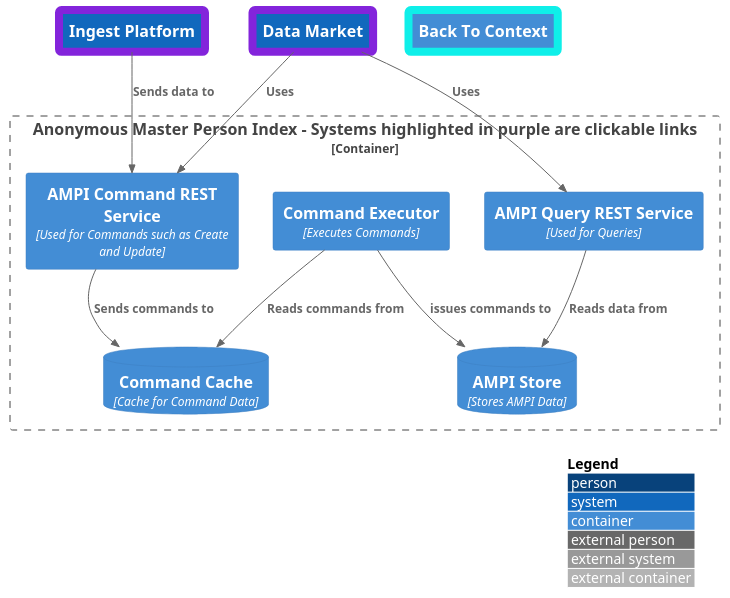
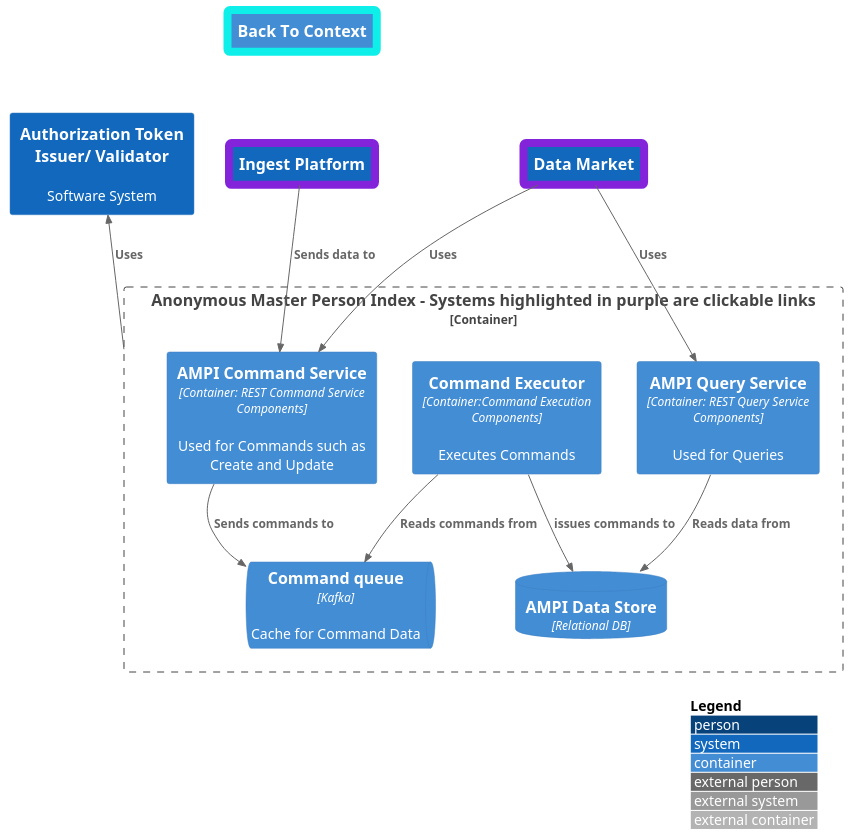
Before and after one commit to migueladelvalle/SE577-684-SP-23-24-final-project: the diagram in ArchitectureModel/AMPIContainer.puml, drawn with PlantUML. The commit also changed 12 other files, not shown here.

Commit message:
Added additional detail to architecture Diagrams

```diff
--- a/ArchitectureModel/AMPIContainer.puml
+++ b/ArchitectureModel/AMPIContainer.puml
@@ -1,31 +1,33 @@
 @startuml
 !include ./C4_Container.puml
 
 LAYOUT_WITH_LEGEND()
 
 AddElementTag("lowerLevelLink", $borderColor="8324db",$borderThickness="8")
 AddElementTag("higherLevelLink", $borderColor="0fefe9ff",$borderThickness="8")
 
 System(ingestion, "Ingest Platform",$link="./IngestPlatformContainer.puml", $tags="lowerLevelLink")
 System(datamarket, "Data Market",$link="./DataMarketContainer.puml", $tags="lowerLevelLink")
 
 Container(back, "Back To Context", $link="./ContextDiagram.puml", $tags="higherLevelLink")
+System(security, "Authorization Token Issuer/ Validator", "Software System")
 
 Container_Boundary(ampi, "Anonymous Master Person Index - Systems highlighted in purple are clickable links", "The boundary of the system"){
-    Container(command, "AMPI Command REST Service", "Used for Commands such as Create and Update")
-    Container(query, "AMPI Query REST Service", "Used for Queries")
-    ContainerDb(commandCache, "Command Cache", "Cache for Command Data")
-    Container(executor, "Command Executor", "Executes Commands")
-    ContainerDb(store, "AMPI Store", "Stores AMPI Data")
+    Container(command, "AMPI Command Service","Container: REST Command Service Components", "Used for Commands such as Create and Update")
+    Container(query, "AMPI Query Service", "Container: REST Query Service Components","Used for Queries")
+    ContainerQueue(commandCache, "Command queue", "Kafka","Cache for Command Data")
+    Container(executor, "Command Executor", "Container:Command Execution Components","Executes Commands")
+    ContainerDb(store, "AMPI Data Store", "Relational DB")
 }
 
 Rel(ingestion, command, "Sends data to")
 Rel(datamarket, command, "Uses")
 Rel(datamarket, query, "Uses")
 Rel(command, commandCache, "Sends commands to")
 Rel(executor,commandCache, "Reads commands from")
 Rel(executor,store, "issues commands to")
 Rel(query, store, "Reads data from")
-
+Rel_U(ampi,security, "Uses")
+Lay_U(ingestion,back)
 
 @enduml
```
